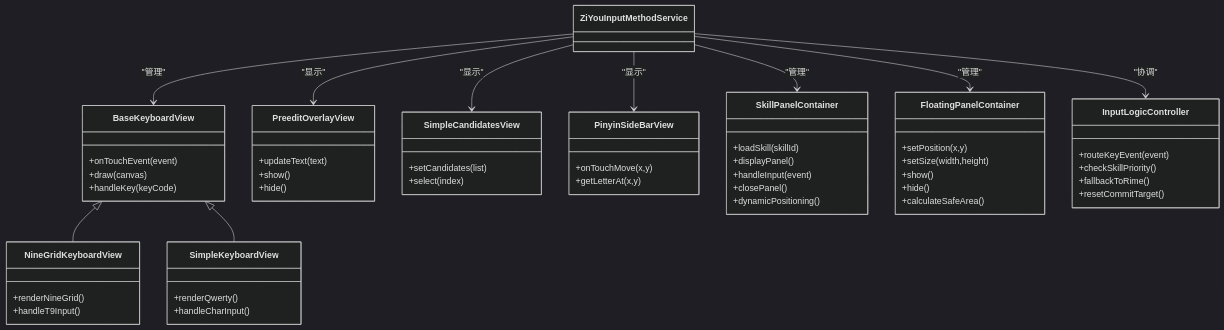
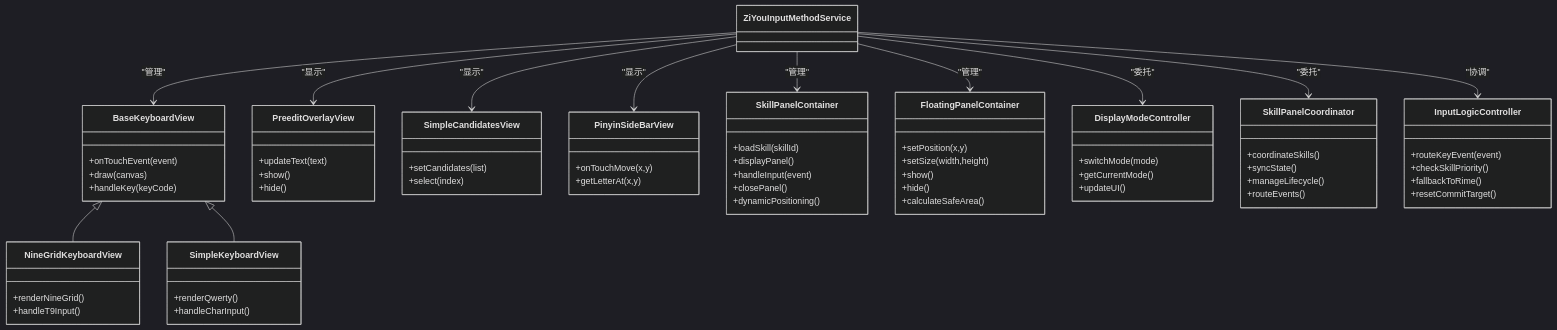
Before and after one commit to qiaodashaoye/ziyou-ime: the third of 6 diagrams in .qoder/repowiki/zh/content/输入法服务.md, drawn with Mermaid (dark theme). The commit also changed other lines of this file and 7 other files, not shown here.

````diff
--- a/.qoder/repowiki/zh/content/输入法服务.md
+++ b/.qoder/repowiki/zh/content/输入法服务.md
@@ -303,58 +342,71 @@
 ```mermaid
 classDiagram
 class BaseKeyboardView {
 +onTouchEvent(event)
 +draw(canvas)
 +handleKey(keyCode)
 }
 class NineGridKeyboardView {
 +renderNineGrid()
 +handleT9Input()
 }
 class SimpleKeyboardView {
 +renderQwerty()
 +handleCharInput()
 }
 class PreeditOverlayView {
 +updateText(text)
 +show()
 +hide()
 }
 class SimpleCandidatesView {
 +setCandidates(list)
 +select(index)
 }
 class PinyinSideBarView {
 +onTouchMove(x,y)
 +getLetterAt(x,y)
 }
 class SkillPanelContainer {
 +loadSkill(skillId)
 +displayPanel()
 +handleInput(event)
 +closePanel()
 +dynamicPositioning()
 }
 class FloatingPanelContainer {
 +setPosition(x,y)
 +setSize(width,height)
 +show()
 +hide()
 +calculateSafeArea()
 }
+class DisplayModeController {
++switchMode(mode)
++getCurrentMode()
++updateUI()
+}
+class SkillPanelCoordinator {
++coordinateSkills()
++syncState()
++manageLifecycle()
++routeEvents()
+}
 class InputLogicController {
 +routeKeyEvent(event)
 +checkSkillPriority()
 +fallbackToRime()
 +resetCommitTarget()
 }
 BaseKeyboardView <|-- NineGridKeyboardView
 BaseKeyboardView <|-- SimpleKeyboardView
 ZiYouInputMethodService --> BaseKeyboardView : "管理"
 ZiYouInputMethodService --> PreeditOverlayView : "显示"
 ZiYouInputMethodService --> SimpleCandidatesView : "显示"
 ZiYouInputMethodService --> PinyinSideBarView : "显示"
 ZiYouInputMethodService --> SkillPanelContainer : "管理"
 ZiYouInputMethodService --> FloatingPanelContainer : "管理"
+ZiYouInputMethodService --> DisplayModeController : "委托"
+ZiYouInputMethodService --> SkillPanelCoordinator : "委托"
 ZiYouInputMethodService --> InputLogicController : "协调"
 ```
````
